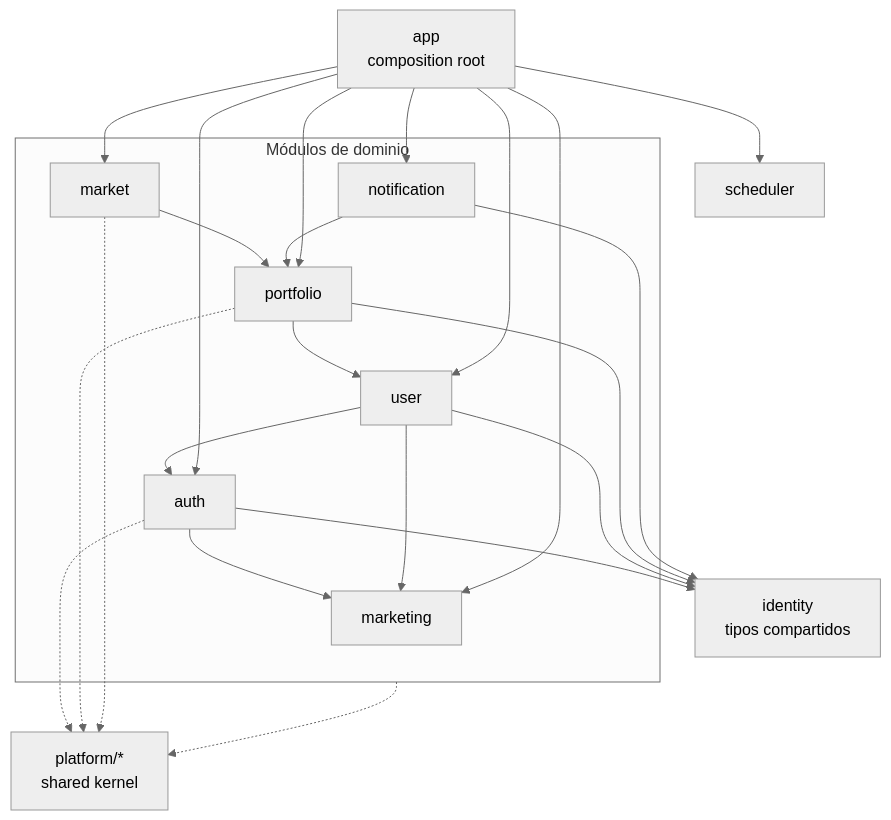
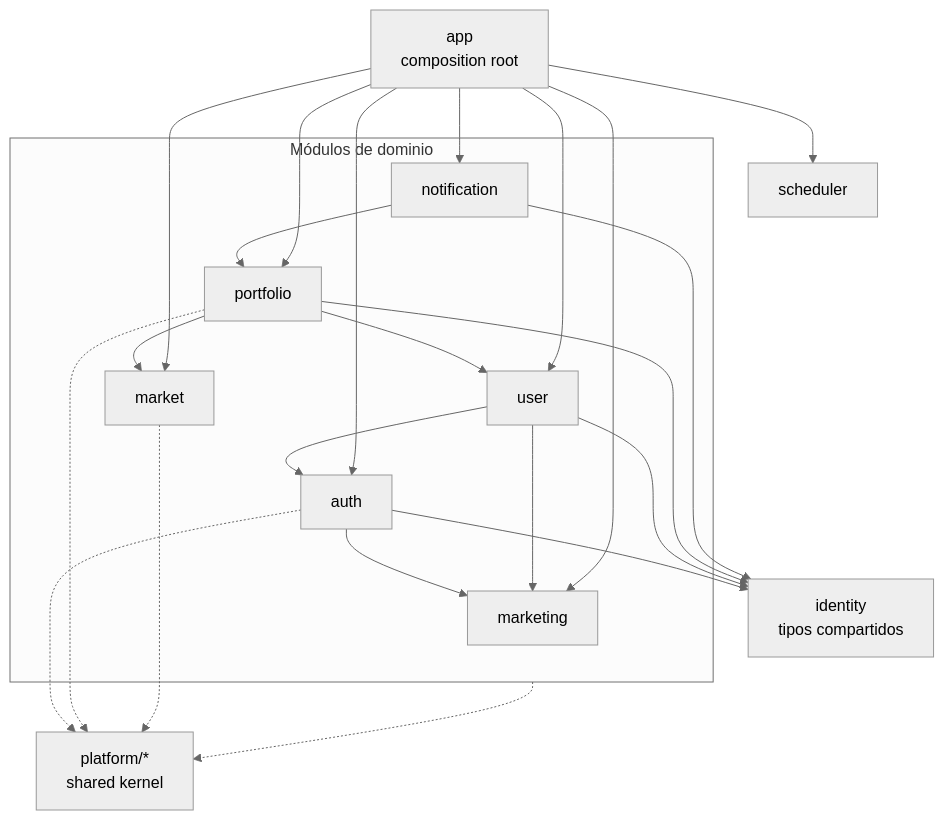
The diagram in docs/ARCHITECTURE.md (yeferson59/finexia-app), drawn with Mermaid (neutral theme) before and after one commit. The commit also changed other lines of this file and 2 other files, not shown here.

First line of the commit message:
docs: refleja la reubicación de assets a market (#12) en la arquitectura

````diff
--- a/docs/ARCHITECTURE.md
+++ b/docs/ARCHITECTURE.md
@@ -83,32 +84,32 @@
 ```mermaid
 graph TD
     app[app<br/>composition root]
     subgraph domain[Módulos de dominio]
         auth --> marketing
         user --> auth
         user --> marketing
         portfolio --> user
-        market --> portfolio
+        portfolio --> market
         notification --> portfolio
     end
     identity[identity<br/>tipos compartidos]
     platform[platform/*<br/>shared kernel]
 
     app --> auth
     app --> user
     app --> portfolio
     app --> market
     app --> marketing
     app --> notification
     app --> scheduler
 
     auth --> identity
     user --> identity
     portfolio --> identity
     notification --> identity
 
     auth -.-> platform
     portfolio -.-> platform
     market -.-> platform
     domain -.-> platform
 ```
````
